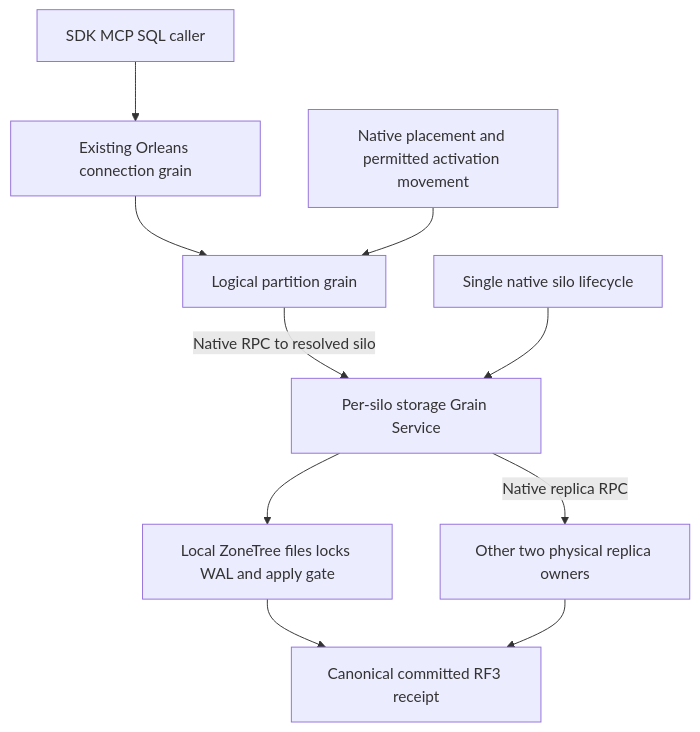
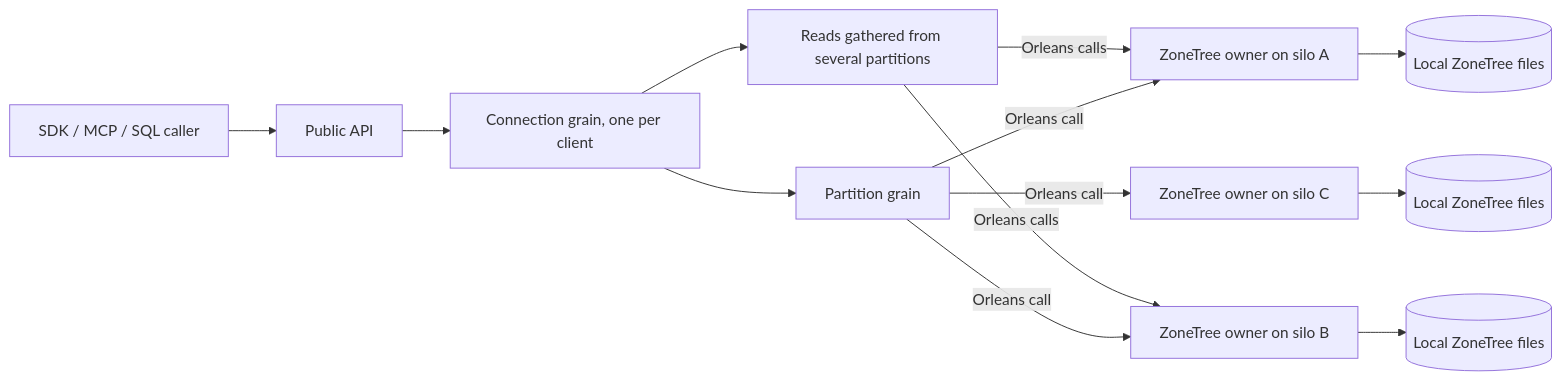
One commit to managedcode/KeyLoad changed the diagram in docs/ADR/ADR-136-native-orleans-partition-ownership.md. Above: the diagram before and after it, drawn with Mermaid. The commit also changed other lines of this file and 271 other files, not shown here.

````diff
--- a/docs/ADR/ADR-136-native-orleans-partition-ownership.md
+++ b/docs/ADR/ADR-136-native-orleans-partition-ownership.md
@@ -58,12 +22,15 @@
 ```mermaid
-flowchart TD
-    Client[SDK MCP SQL caller] --> Connection[Existing Orleans connection grain]
-    Connection --> Partition[Logical partition grain]
-    Partition -->|Native RPC to resolved silo| Service[Per-silo storage Grain Service]
-    Lifecycle[Single native silo lifecycle] --> Service
-    Service --> Files[Local ZoneTree files locks WAL and apply gate]
-    Service -->|Native replica RPC| RF3[Other two physical replica owners]
-    Placement[Native placement and permitted activation movement] --> Partition
-    Files --> Receipt[Canonical committed RF3 receipt]
-    RF3 --> Receipt
+flowchart LR
+    Client[SDK / MCP / SQL caller] --> Api[Public API]
+    Api --> Connection[Connection grain, one per client]
+    Connection --> Partition[Partition grain]
+    Connection --> Reads[Reads gathered from several partitions]
+    Partition -->|Orleans call| OwnerA[ZoneTree owner on silo A]
+    Partition -->|Orleans call| OwnerB[ZoneTree owner on silo B]
+    Partition -->|Orleans call| OwnerC[ZoneTree owner on silo C]
+    Reads -->|Orleans calls| OwnerA
+    Reads -->|Orleans calls| OwnerB
+    OwnerA --> FilesA[(Local ZoneTree files)]
+    OwnerB --> FilesB[(Local ZoneTree files)]
+    OwnerC --> FilesC[(Local ZoneTree files)]
 ```
````
